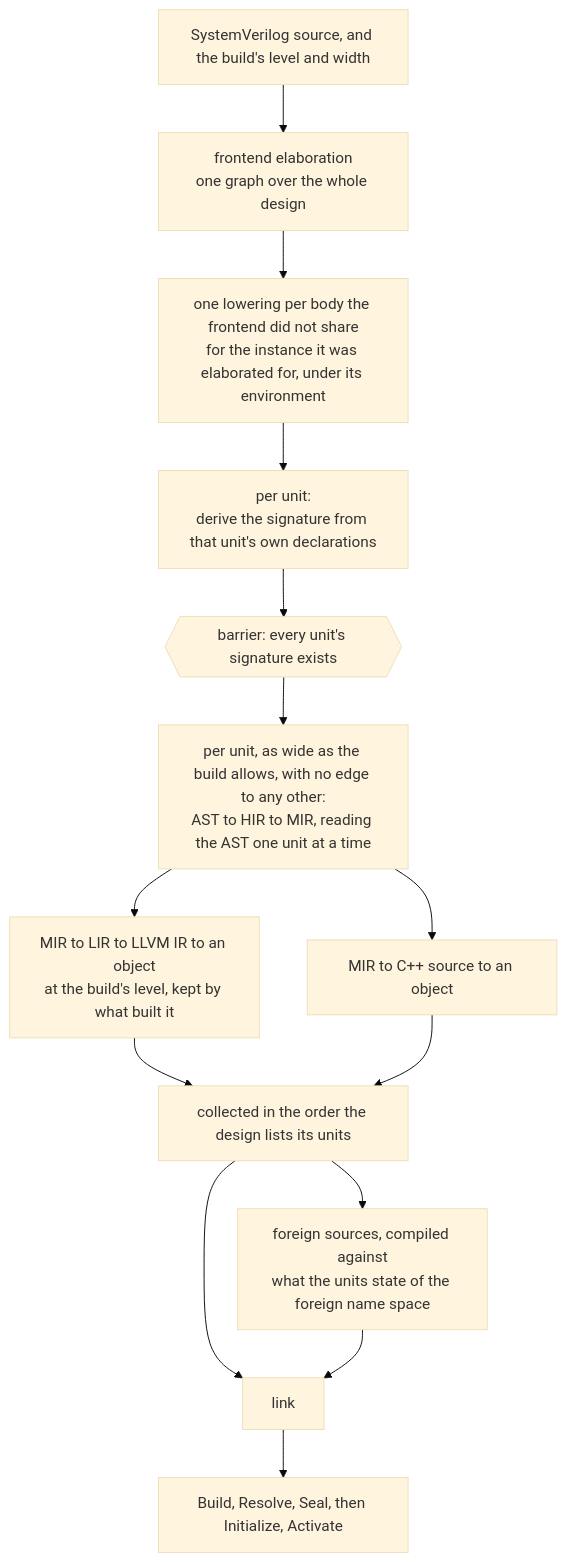
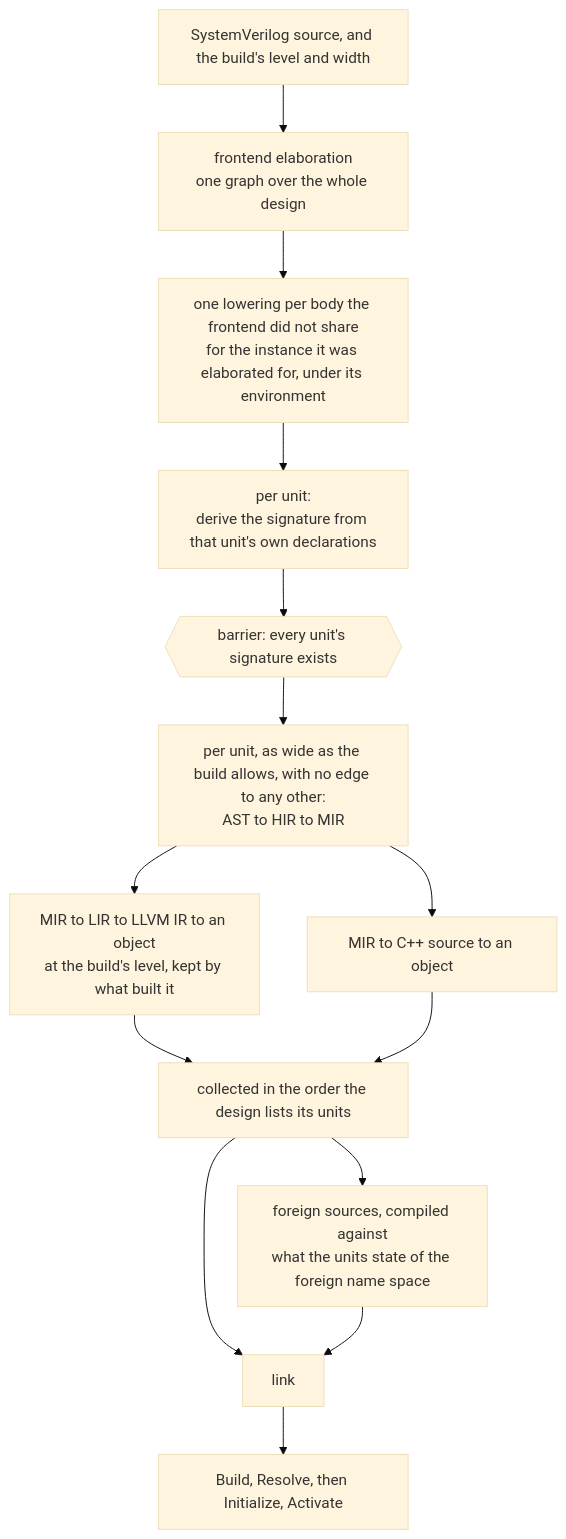
The diagram in docs/architecture/compiler_overview.md (hankhsu1996/lyra), drawn with Mermaid (base theme) before and after one commit. The commit also changed other lines of this file and 332 other files, not shown here.

First line of the commit message:
Keep one current statement per subject (#2189)

````diff
--- a/docs/architecture/compiler_overview.md
+++ b/docs/architecture/compiler_overview.md
@@ -43,18 +53,18 @@
 ```mermaid
 flowchart TB
   SRC["SystemVerilog source, and the build's level and width"] --> FE["frontend elaboration<br/>one graph over the whole design"]
   FE --> SP["one lowering per body the frontend did not share<br/>for the instance it was elaborated for, under its environment"]
 
   SP --> D["per unit:<br/>derive the signature from that unit's own declarations"]
   D --> BAR{{"barrier: every unit's signature exists"}}
 
-  BAR --> U["per unit, as wide as the build allows, with no edge to any other:<br/>AST to HIR to MIR, reading the AST one unit at a time"]
+  BAR --> U["per unit, as wide as the build allows, with no edge to any other:<br/>AST to HIR to MIR"]
   U --> LIR["MIR to LIR to LLVM IR to an object<br/>at the build's level, kept by what built it"]
   U --> CPP["MIR to C++ source to an object"]
   LIR --> COL["collected in the order the design lists its units"]
   CPP --> COL
   COL --> FGN["foreign sources, compiled against<br/>what the units state of the foreign name space"]
   COL --> LNK["link"]
   FGN --> LNK
-  LNK --> RUN["Build, Resolve, Seal, then Initialize, Activate"]
+  LNK --> RUN["Build, Resolve, then Initialize, Activate"]
 ```
````
